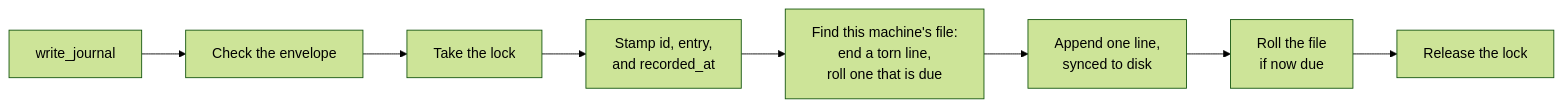
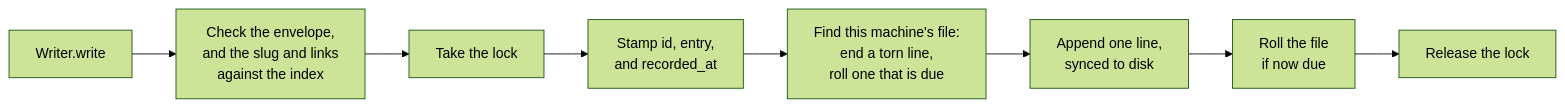
The first of 2 diagrams in docs/core-module.md (Velrea/AI.Brain), drawn with Mermaid (forest theme) before and after one commit. The commit also changed other lines of this file and 34 other files, not shown here.

````diff
--- a/docs/core-module.md
+++ b/docs/core-module.md
@@ -65,10 +80,10 @@
 ```mermaid
 flowchart LR
-    method["write_journal"] --> check["Check the envelope"]
+    method["Writer.write"] --> check["Check the envelope,<br/>and the slug and links<br/>against the index"]
     check --> lock["Take the lock"]
     lock --> stamp["Stamp id, entry,<br/>and recorded_at"]
     stamp --> current["Find this machine's file:<br/>end a torn line,<br/>roll one that is due"]
     current --> append["Append one line,<br/>synced to disk"]
     append --> roll["Roll the file<br/>if now due"]
     roll --> release["Release the lock"]
 ```
````
